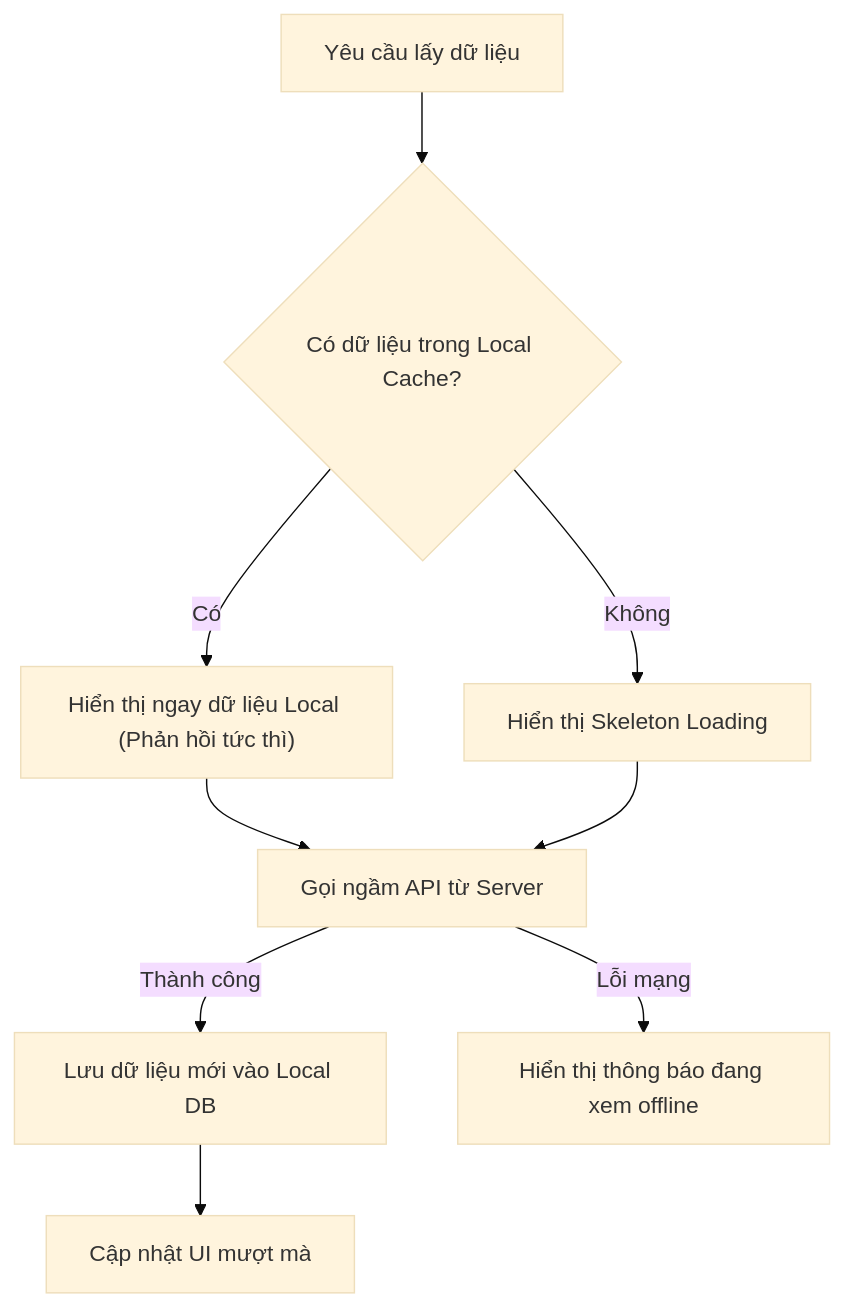
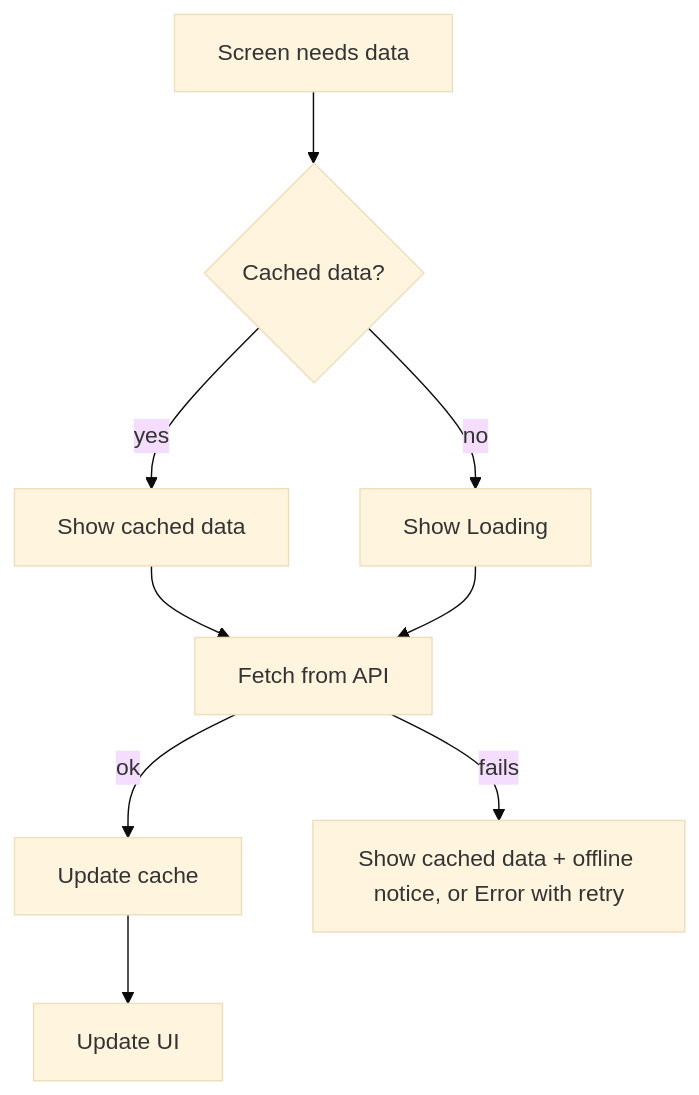
One commit to hungdn1701/mobile-app-starter changed the third of 3 diagrams in docs/architecture.md. Above: the diagram before and after it, drawn with Mermaid (base theme). The commit also changed other lines of this file and 28 other files, not shown here.

````diff
--- a/docs/architecture.md
+++ b/docs/architecture.md
@@ -81,11 +88,8 @@
 ```mermaid
 flowchart TD
-    REQ["Yêu cầu lấy dữ liệu"] --> CHECK_CACHE{"Có dữ liệu trong Local Cache?"}
-    CHECK_CACHE -->|Có| SHOW_CACHE["Hiển thị ngay dữ liệu Local (Phản hồi tức thì)"]
-    SHOW_CACHE --> FETCH_REMOTE["Gọi ngầm API từ Server"]
-    CHECK_CACHE -->|Không| SHOW_LOADING["Hiển thị Skeleton Loading"]
-    SHOW_LOADING --> FETCH_REMOTE
-    FETCH_REMOTE -->|Thành công| SAVE_CACHE["Lưu dữ liệu mới vào Local DB"]
-    SAVE_CACHE --> UPDATE_UI["Cập nhật UI mượt mà"]
-    FETCH_REMOTE -->|Lỗi mạng| NOTIFY_OFFLINE["Hiển thị thông báo đang xem offline"]
+    REQ["Screen needs data"] --> CACHE{"Cached data?"}
+    CACHE -->|yes| SHOW["Show cached data"] --> FETCH["Fetch from API"]
+    CACHE -->|no| LOAD["Show Loading"] --> FETCH
+    FETCH -->|ok| SAVE["Update cache"] --> UPDATE["Update UI"]
+    FETCH -->|fails| ERR["Show cached data + offline notice, or Error with retry"]
 ```
````
